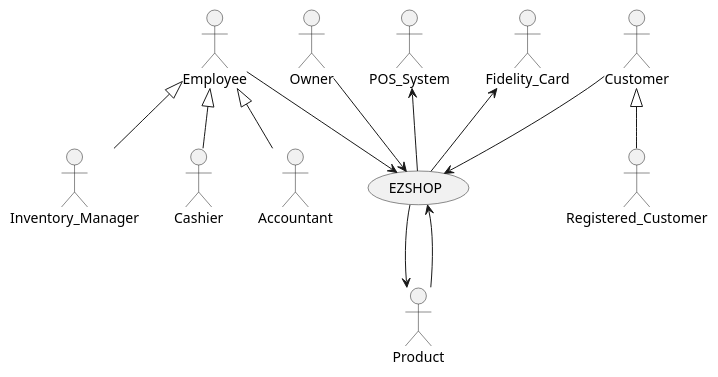
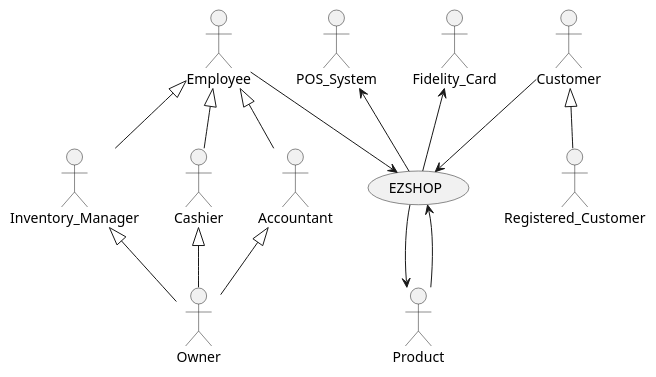
One commit to paolotron/EzshoProject31 changed the diagram in Deliverables/RequirementsDocument.md. Above: the diagram before and after it, drawn with PlantUML.

Commit message:
Redefined Owner

````diff
--- a/Deliverables/RequirementsDocument.md
+++ b/Deliverables/RequirementsDocument.md
@@ -60,17 +60,19 @@
 ```plantuml
 @startuml
 actor Owner
 
 Employee <|-- Inventory_Manager
 Employee <|-- Cashier
 Employee <|-- Accountant
+Inventory_Manager <|-- Owner
+Cashier <|-- Owner
+Accountant <|-- Owner 
 Employee --> (EZSHOP)
 (EZSHOP) --> Product
 (EZSHOP) <-- Product
 Customer <|-- Registered_Customer
 Customer --> (EZSHOP)
 POS_System <-- (EZSHOP)
 Fidelity_Card <-- (EZSHOP)
-Owner --> (EZSHOP)
 @enduml
 ```
````
